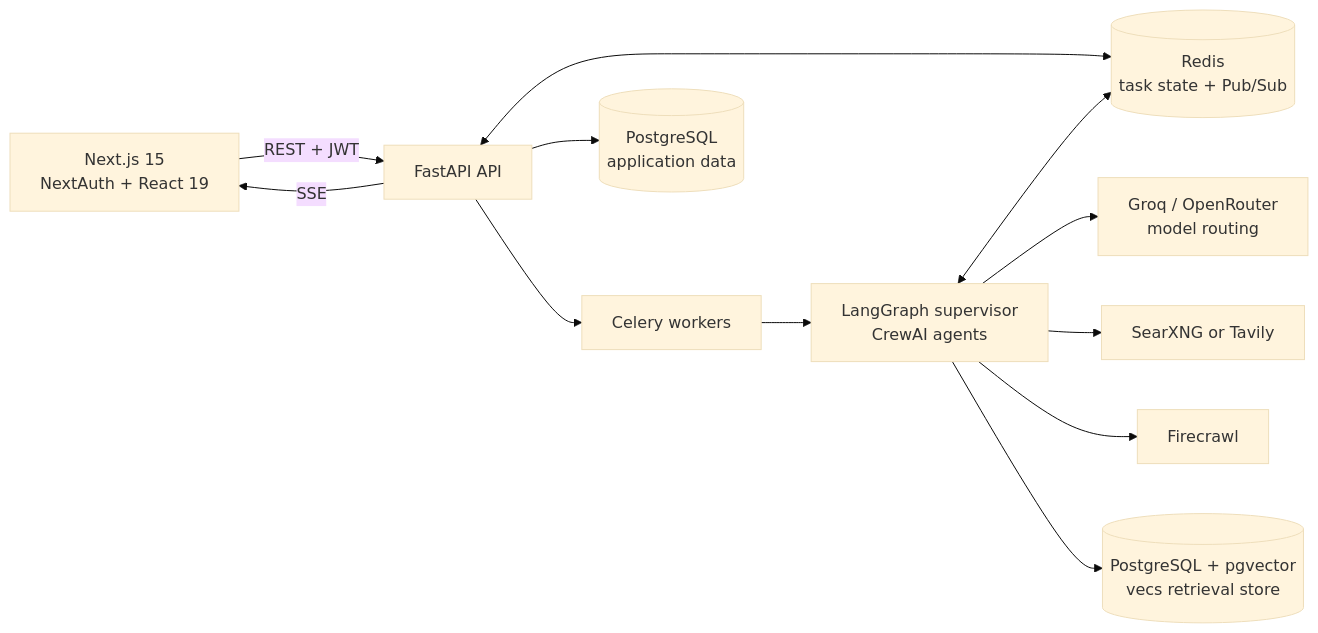
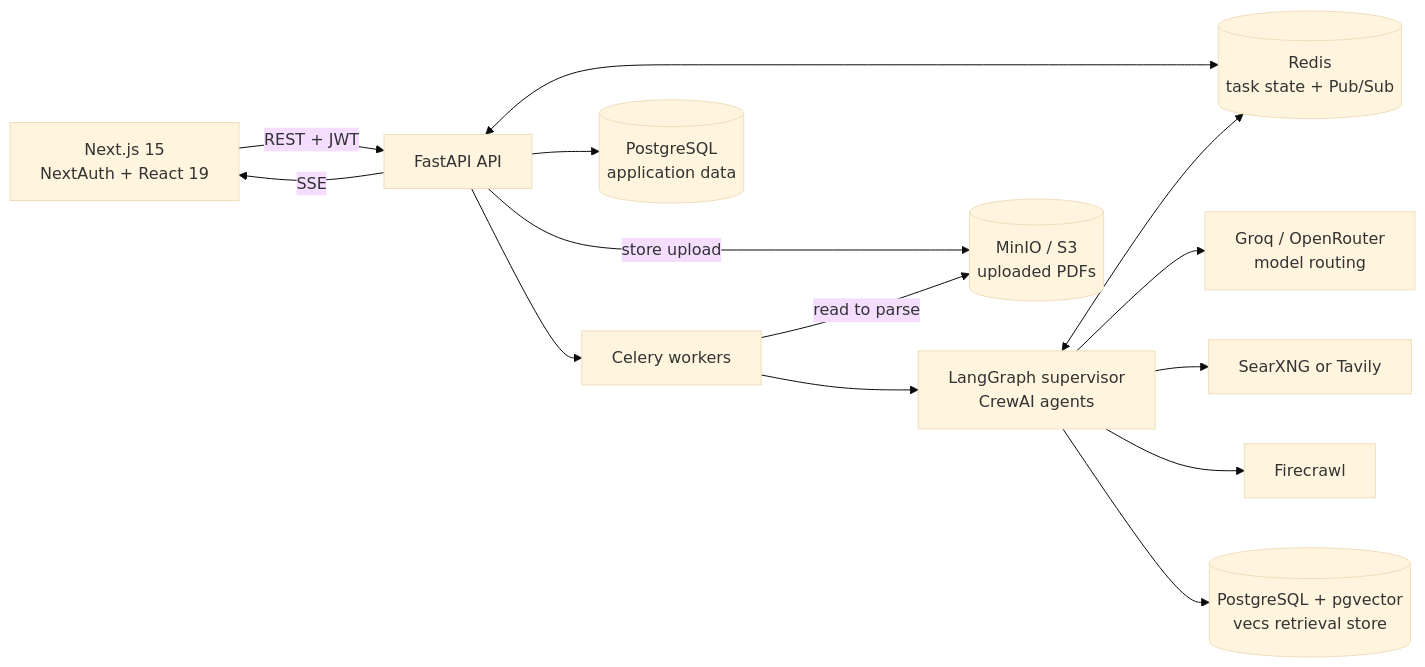
Before and after one commit to befikadusata/agentic-research-factory: the diagram in README.md, drawn with Mermaid (base theme). The commit also changed other lines of this file and 12 other files, not shown here.

````diff
--- a/README.md
+++ b/README.md
@@ -44,25 +44,28 @@
 ```mermaid
 flowchart LR
     UI["Next.js 15<br/>NextAuth + React 19"]
     API["FastAPI API"]
     Worker["Celery workers"]
     Graph["LangGraph supervisor<br/>CrewAI agents"]
     Redis[("Redis<br/>task state + Pub/Sub")]
     AppDB[("PostgreSQL<br/>application data")]
     VectorDB[("PostgreSQL + pgvector<br/>vecs retrieval store")]
+    Files[("MinIO / S3<br/>uploaded PDFs")]
     Search["SearXNG or Tavily"]
     Scrape["Firecrawl"]
     Models["Groq / OpenRouter<br/>model routing"]
 
     UI -->|"REST + JWT"| API
     API -->|"SSE"| UI
     API --> AppDB
     API <--> Redis
     API --> Worker
+    API -->|"store upload"| Files
+    Worker -->|"read to parse"| Files
     Worker --> Graph
     Graph <--> Redis
     Graph --> Models
     Graph --> Search
     Graph --> Scrape
     Graph --> VectorDB
 ```
````
